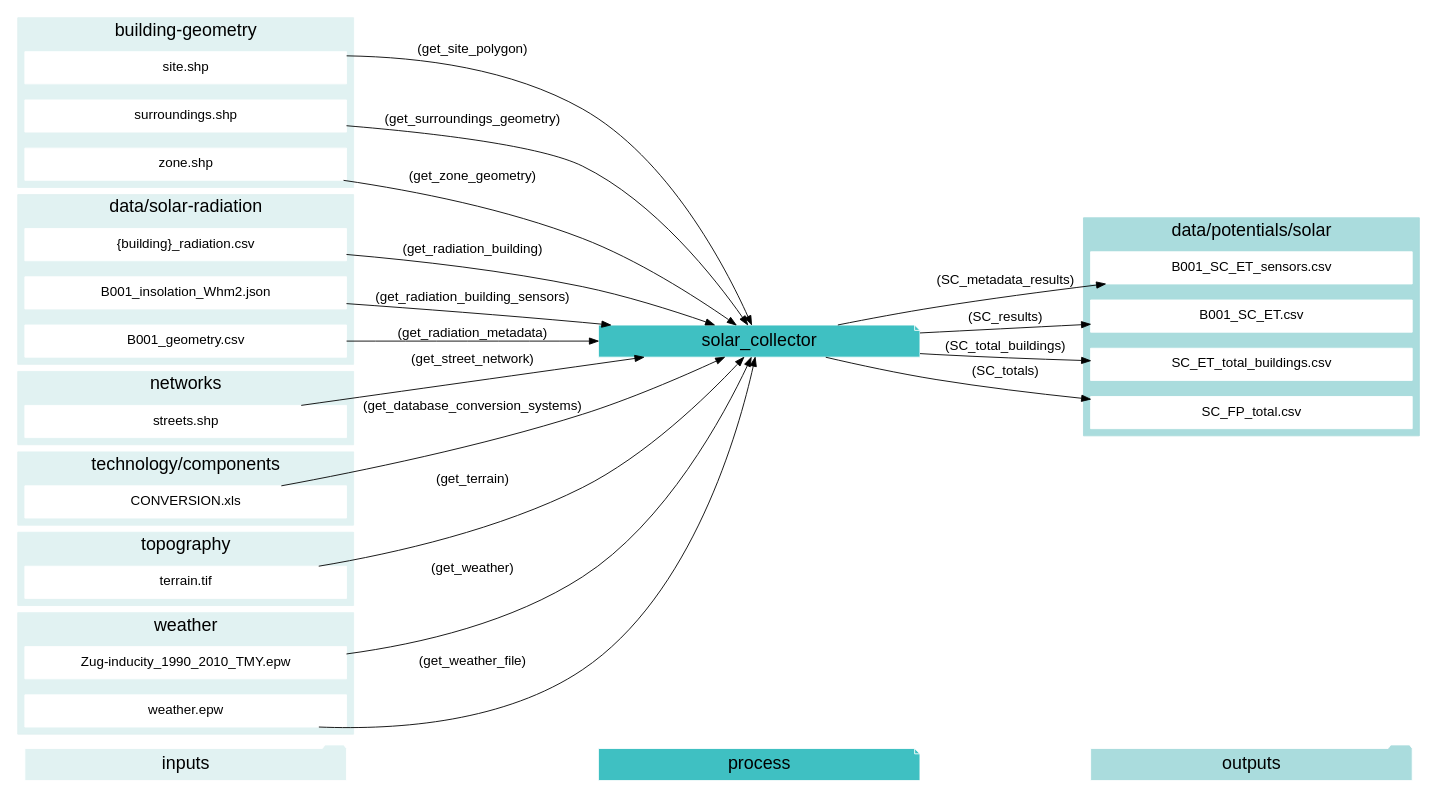
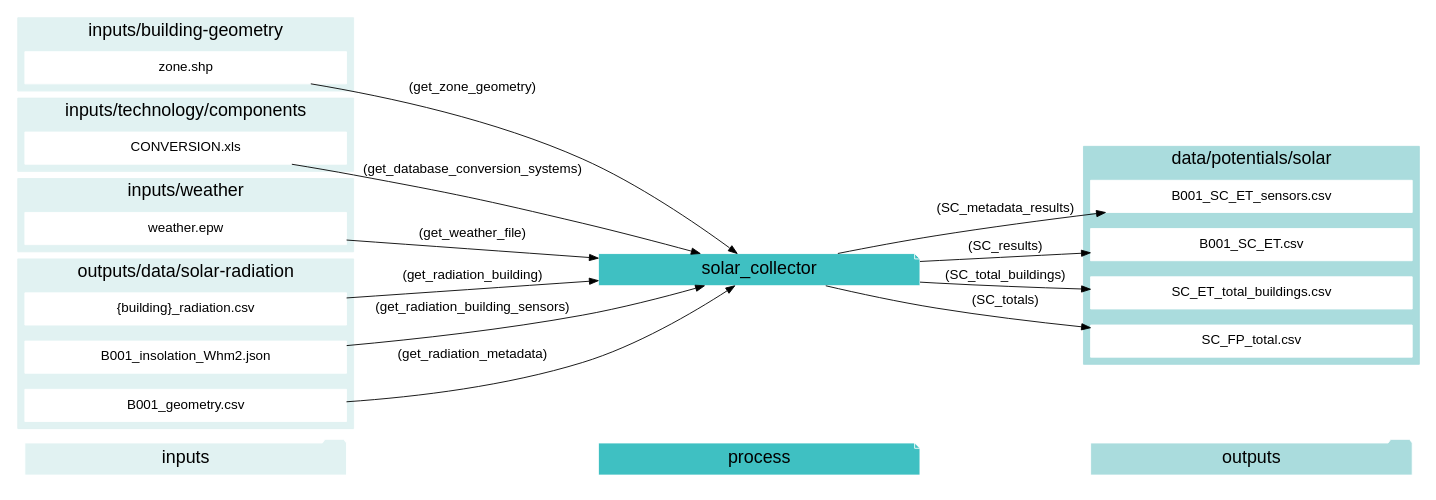
One commit to architecture-building-systems/CityEnergyAnalyst changed the ninth of 23 diagrams in docs/script-data-flow.rst. Above: the diagram before and after it, drawn with Graphviz. The commit also changed other lines of this file and 25 other files, not shown here.

Commit message:
cleaning up cea-doc graphviz

```diff
--- a/docs/script-data-flow.rst
+++ b/docs/script-data-flow.rst
@@ -786,6 +568,6 @@
 .. graphviz::
 
-    digraph trace_inputlocator {
+    digraph solar_collector {
     rankdir="LR";
     graph [overlap=false, fontname=arial];
     node [shape=box, style=filled, color=white, fontsize=15, fontname=arial, fixedsize=true, width=5];
@@ -801,17 +583,7 @@
     "process"->"outputs"[style=invis]
     }
     "solar_collector"[style=filled, color=white, fillcolor="#3FC0C2", shape=note, fontsize=20, fontname=arial];
-    subgraph cluster_0_in {
-        style = filled;
-        color = "#E1F2F2";
-        fontsize = 20;
-        rank=same;
-        label="building-geometry";
-        "site.shp"
-        "surroundings.shp"
-        "zone.shp"
-    }
-    subgraph cluster_1_out {
+    subgraph cluster_0_out {
         style = filled;
         color = "#aadcdd";
         fontsize = 20;
@@ -822,58 +594,44 @@
         "SC_ET_total_buildings.csv"
         "SC_FP_total.csv"
     }
+    subgraph cluster_1_in {
+        style = filled;
+        color = "#E1F2F2";
+        fontsize = 20;
+        rank=same;
+        label="inputs/building-geometry";
+        "zone.shp"
+    }
     subgraph cluster_2_in {
         style = filled;
         color = "#E1F2F2";
         fontsize = 20;
         rank=same;
-        label="data/solar-radiation";
-        "{building}_radiation.csv"
-        "B001_insolation_Whm2.json"
-        "B001_geometry.csv"
+        label="inputs/technology/components";
+        "CONVERSION.xls"
     }
     subgraph cluster_3_in {
         style = filled;
         color = "#E1F2F2";
         fontsize = 20;
         rank=same;
-        label="networks";
-        "streets.shp"
+        label="inputs/weather";
+        "weather.epw"
     }
     subgraph cluster_4_in {
         style = filled;
         color = "#E1F2F2";
         fontsize = 20;
         rank=same;
-        label="technology/components";
-        "CONVERSION.xls"
-    }
-    subgraph cluster_5_in {
-        style = filled;
-        color = "#E1F2F2";
-        fontsize = 20;
-        rank=same;
-        label="topography";
-        "terrain.tif"
-    }
-    subgraph cluster_6_in {
-        style = filled;
-        color = "#E1F2F2";
-        fontsize = 20;
-        rank=same;
-        label="weather";
-        "Zug-inducity_1990_2010_TMY.epw"
-        "weather.epw"
+        label="outputs/data/solar-radiation";
+        "{building}_radiation.csv"
+        "B001_insolation_Whm2.json"
+        "B001_geometry.csv"
     }
     "CONVERSION.xls" -> "solar_collector"[label="(get_database_conversion_systems)"]
     "{building}_radiation.csv" -> "solar_collector"[label="(get_radiation_building)"]
     "B001_insolation_Whm2.json" -> "solar_collector"[label="(get_radiation_building_sensors)"]
     "B001_geometry.csv" -> "solar_collector"[label="(get_radiation_metadata)"]
-    "site.shp" -> "solar_collector"[label="(get_site_polygon)"]
-    "streets.shp" -> "solar_collector"[label="(get_street_network)"]
-    "surroundings.shp" -> "solar_collector"[label="(get_surroundings_geometry)"]
-    "terrain.tif" -> "solar_collector"[label="(get_terrain)"]
-    "Zug-inducity_1990_2010_TMY.epw" -> "solar_collector"[label="(get_weather)"]
     "weather.epw" -> "solar_collector"[label="(get_weather_file)"]
     "zone.shp" -> "solar_collector"[label="(get_zone_geometry)"]
     "solar_collector" -> "B001_SC_ET_sensors.csv"[label="(SC_metadata_results)"]
```
